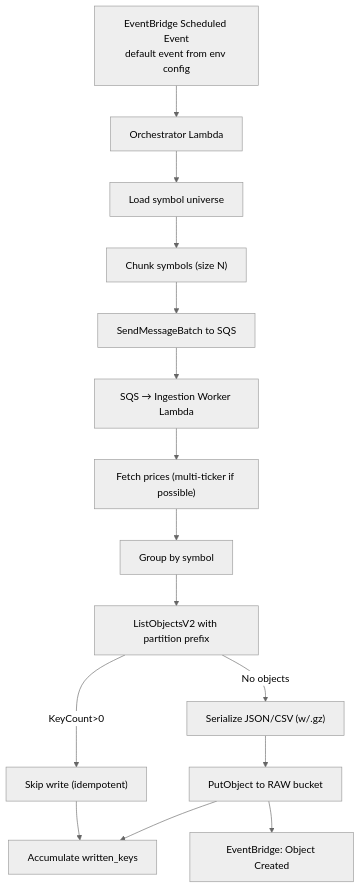
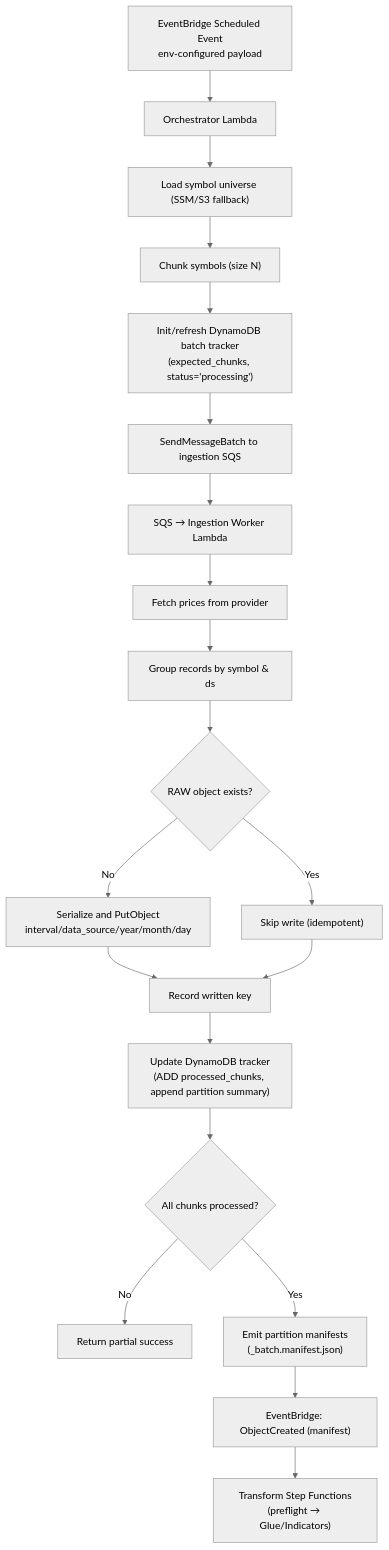
The diagram in docs/diagrams/extract/02-flow.md (keemgdeok/fin-forge-pipeline), drawn with Mermaid (neutral theme) before and after one commit. The commit also changed 10 other files, not shown here.

````diff
--- a/docs/diagrams/extract/02-flow.md
+++ b/docs/diagrams/extract/02-flow.md
@@ -1,18 +1,23 @@
 ```mermaid
 flowchart TD
-  A["EventBridge Scheduled Event<br/>default event from env config"] --> B["Orchestrator Lambda"]
-  B --> C["Load symbol universe"]
+  A["EventBridge Scheduled Event<br/>env-configured payload"] --> B["Orchestrator Lambda"]
+  B --> C["Load symbol universe (SSM/S3 fallback)"]
   C --> D["Chunk symbols (size N)"]
-  D --> E["SendMessageBatch to SQS"]
-  E --> F["SQS → Ingestion Worker Lambda"]
-  F --> G["Fetch prices (multi-ticker if possible)"]
-  G --> H["Group by symbol"]
-  H --> I["ListObjectsV2 with partition prefix"]
-  I -->|KeyCount>0| J["Skip write (idempotent)"]
-  I -->|No objects| K["Serialize JSON/CSV (w/.gz)"]
-  K --> L["PutObject to RAW bucket"]
-  J --> M["Accumulate written_keys"]
-  L --> M["Accumulate written_keys"]
-  L --> R["EventBridge: Object Created"]
+  D --> E["Init/refresh DynamoDB batch tracker\n(expected_chunks, status='processing')"]
+  E --> F["SendMessageBatch to ingestion SQS"]
+  F --> G["SQS → Ingestion Worker Lambda"]
+  G --> H["Fetch prices from provider"]
+  H --> I["Group records by symbol & ds"]
+  I --> J{RAW object exists?}
+  J -->|Yes| K["Skip write (idempotent)"]
+  J -->|No| L["Serialize and PutObject\ninterval/data_source/year/month/day"]
+  L --> M["Record written key"]
+  K --> M
+  M --> N["Update DynamoDB tracker\n(ADD processed_chunks, append partition summary)"]
+  N --> O{All chunks processed?}
+  O -->|No| P["Return partial success"]
+  O -->|Yes| Q["Emit partition manifests\n(_batch.manifest.json)"]
+  Q --> R["EventBridge: ObjectCreated (manifest)"]
+  R --> S["Transform Step Functions\n(preflight → Glue/Indicators)"]
 
 ```
````
